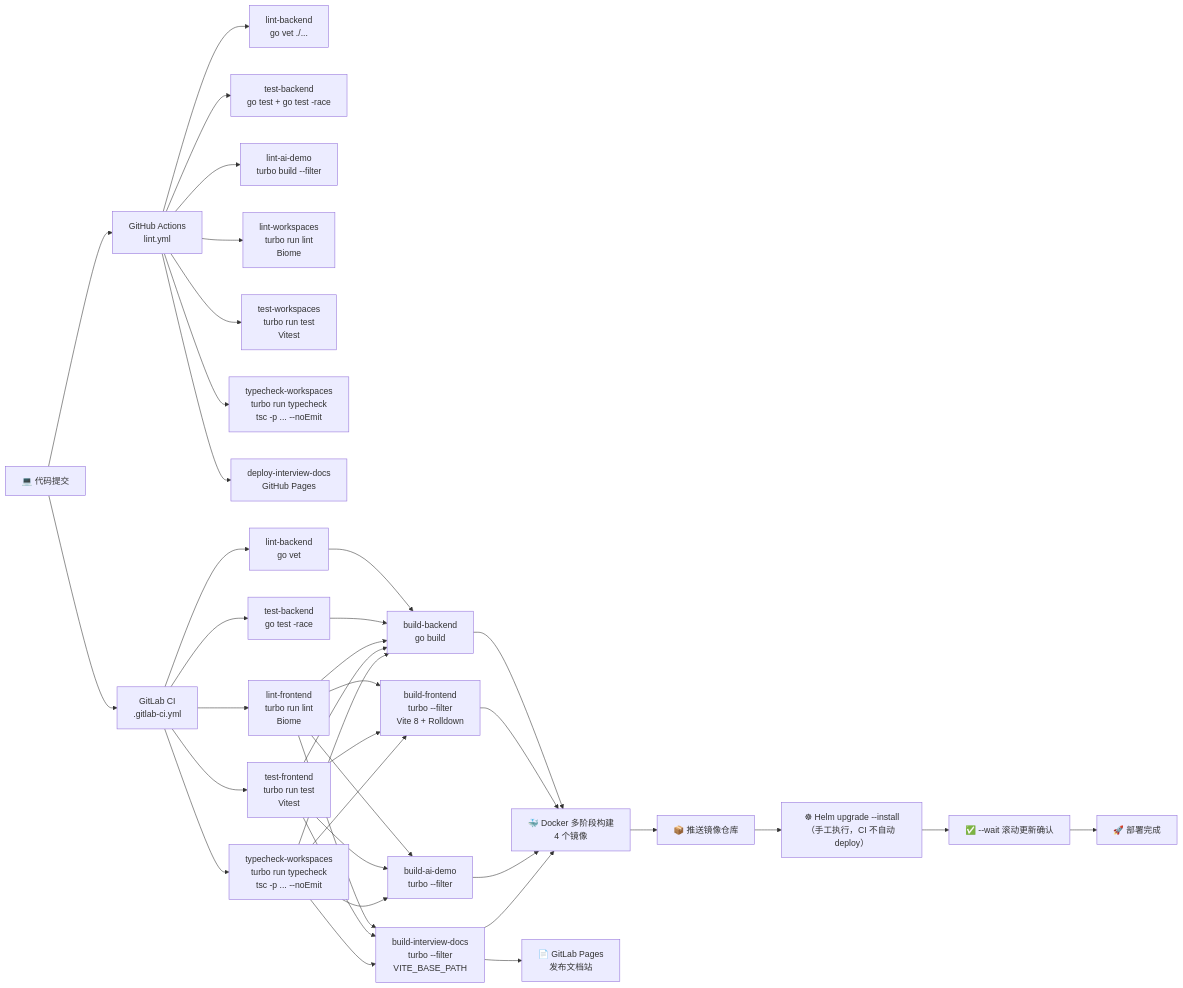
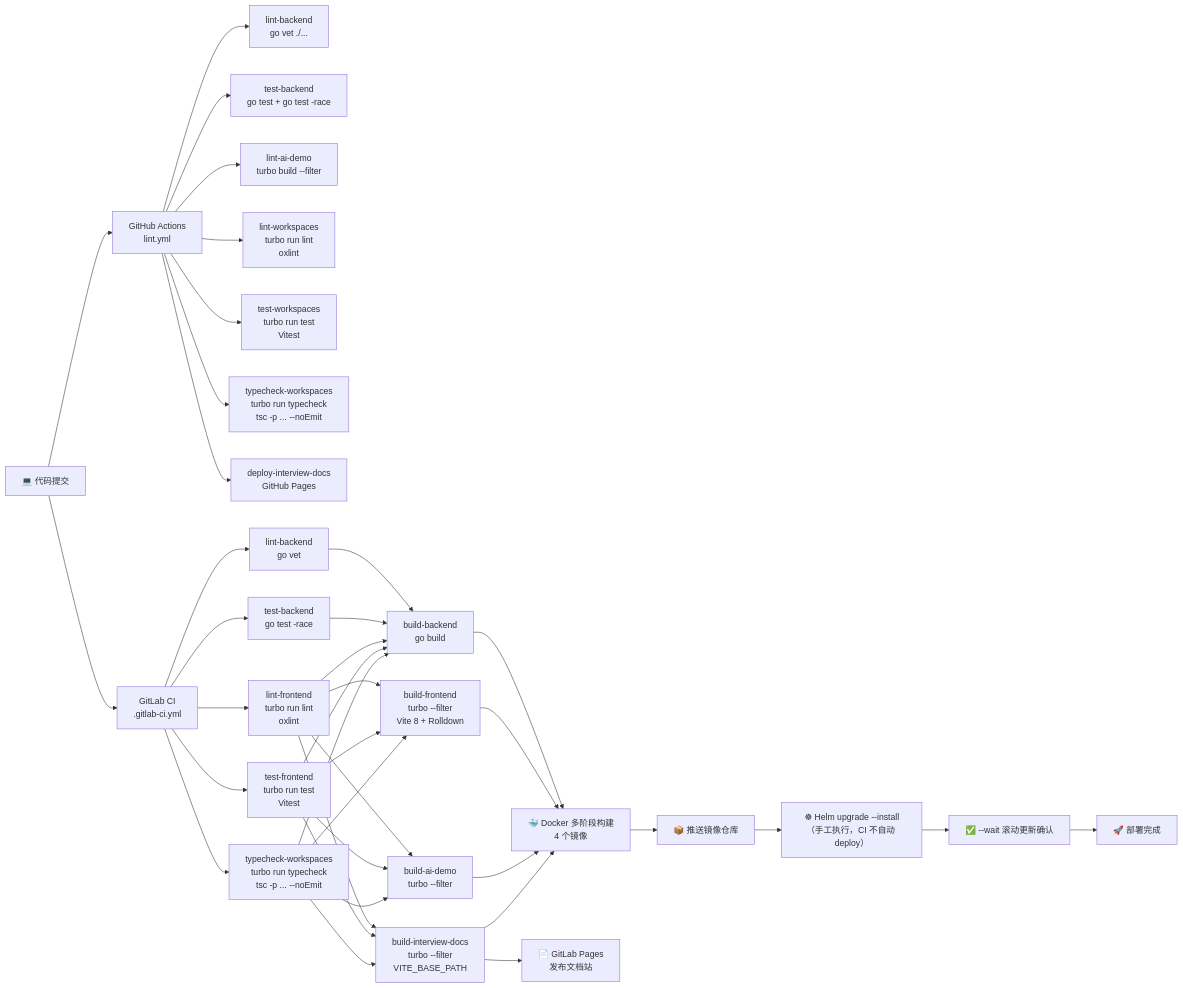
One commit to KMaybe01/interview-demo changed the fifth of 49 diagrams in docs/S4-面试冲刺/00-面试技术亮点汇总.md. Above: the diagram before and after it, drawn with Mermaid. The commit also changed other lines of this file and 43 other files, not shown here.

First line of the commit message:
build(tooling): 用 oxlint + oxfmt 替换 Biome

````diff
--- a/docs/S4-面试冲刺/00-面试技术亮点汇总.md
+++ b/docs/S4-面试冲刺/00-面试技术亮点汇总.md
@@ -396,29 +396,29 @@
 ```mermaid
 graph LR
     A["💻 代码提交"] --> B1["GitHub Actions<br/>lint.yml"]
     A --> B2["GitLab CI<br/>.gitlab-ci.yml"]
 
     B1 --> G1["lint-backend<br/>go vet ./..."]
     B1 --> G2["test-backend<br/>go test + go test -race"]
     B1 --> G3["lint-ai-demo<br/>turbo build --filter"]
-    B1 --> G4["lint-workspaces<br/>turbo run lint<br/>Biome"]
+    B1 --> G4["lint-workspaces<br/>turbo run lint<br/>oxlint"]
     B1 --> G5["test-workspaces<br/>turbo run test<br/>Vitest"]
     B1 --> G6["typecheck-workspaces<br/>turbo run typecheck<br/>tsc -p ... --noEmit"]
     B1 --> G7["deploy-interview-docs<br/>GitHub Pages"]
 
     B2 --> C1["lint-backend<br/>go vet"]
     B2 --> C2["test-backend<br/>go test -race"]
-    B2 --> C3["lint-frontend<br/>turbo run lint<br/>Biome"]
+    B2 --> C3["lint-frontend<br/>turbo run lint<br/>oxlint"]
     B2 --> C4["test-frontend<br/>turbo run test<br/>Vitest"]
     B2 --> C5["typecheck-workspaces<br/>turbo run typecheck<br/>tsc -p ... --noEmit"]
     C1 & C2 & C3 & C4 & C5 --> D["build-backend<br/>go build"]
     C3 & C4 & C5 --> E["build-frontend<br/>turbo --filter<br/>Vite 8 + Rolldown"]
     C3 & C4 & C5 --> F["build-ai-demo<br/>turbo --filter"]
     C3 & C4 & C5 --> G["build-interview-docs<br/>turbo --filter<br/>VITE_BASE_PATH"]
     D & E & F & G --> H["🐳 Docker 多阶段构建<br/>4 个镜像"]
     H --> I["📦 推送镜像仓库"]
     G --> P["📄 GitLab Pages<br/>发布文档站"]
     I --> J["☸ Helm upgrade --install<br/>（手工执行，CI 不自动 deploy）"]
     J --> K["✅ --wait 滚动更新确认"]
     K --> L["🚀 部署完成"]
 ```
````
